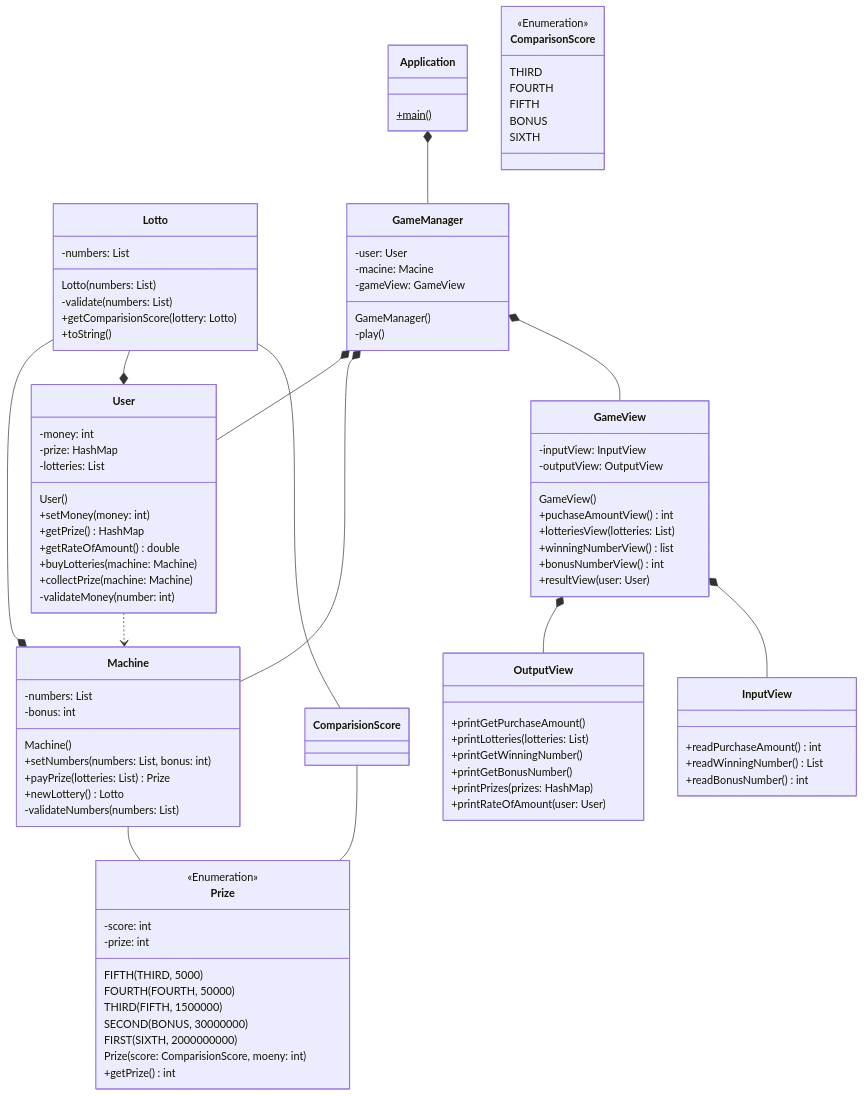
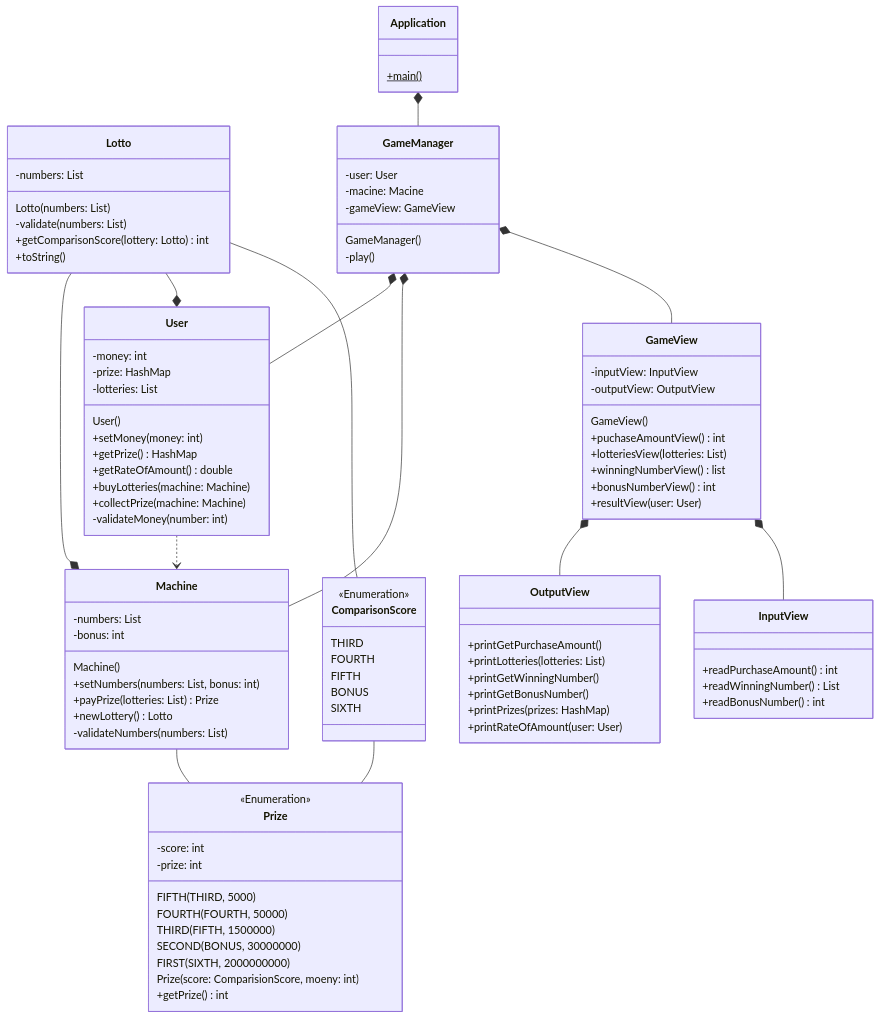
The second of 6 diagrams in docs/README.md (woowacourse-precourse/java-lotto-6), drawn with Mermaid before and after one commit. The commit also changed other lines of this file, not shown here.

Commit message:
docs: editing P-02-01 process and diagram

```diff
--- a/docs/README.md
+++ b/docs/README.md
@@ -77,8 +77,8 @@
 	GameView *-- OutputView
 	GameView *-- InputView
 	Application *-- GameManager
-	Lotto -- ComparisionScore
-	ComparisionScore -- Prize
+	Lotto -- ComparisonScore
+    ComparisonScore -- Prize
 	class Application{
 		+main()$
 	}
@@ -108,7 +108,7 @@
 		-numbers: List<int>
 		Lotto(numbers: List)
 		-validate(numbers: List)
-		+getComparisionScore(lottery: Lotto)
+		+getComparisonScore(lottery: Lotto) int
 		+toString()
 	}
 	class Prize{
```
